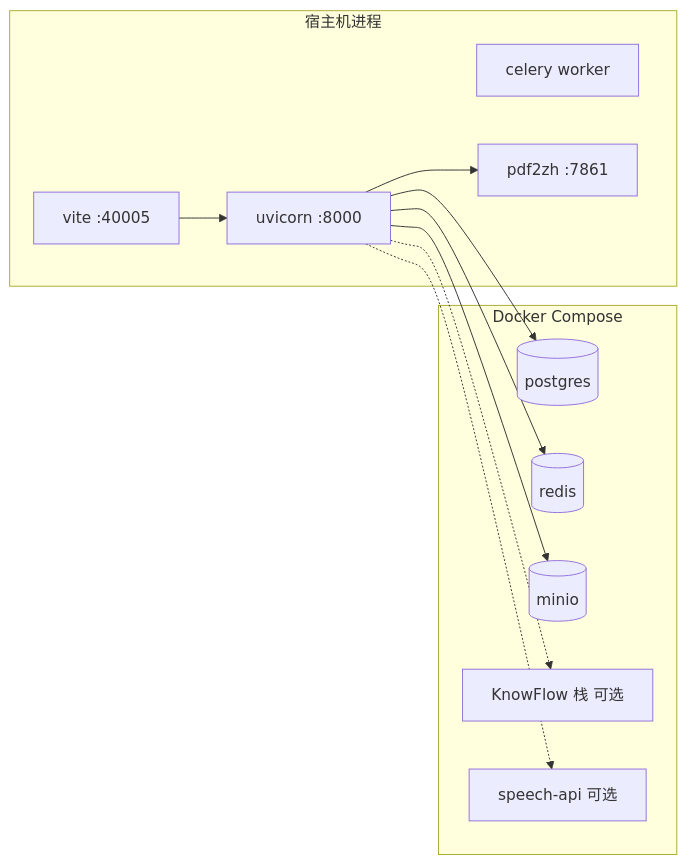
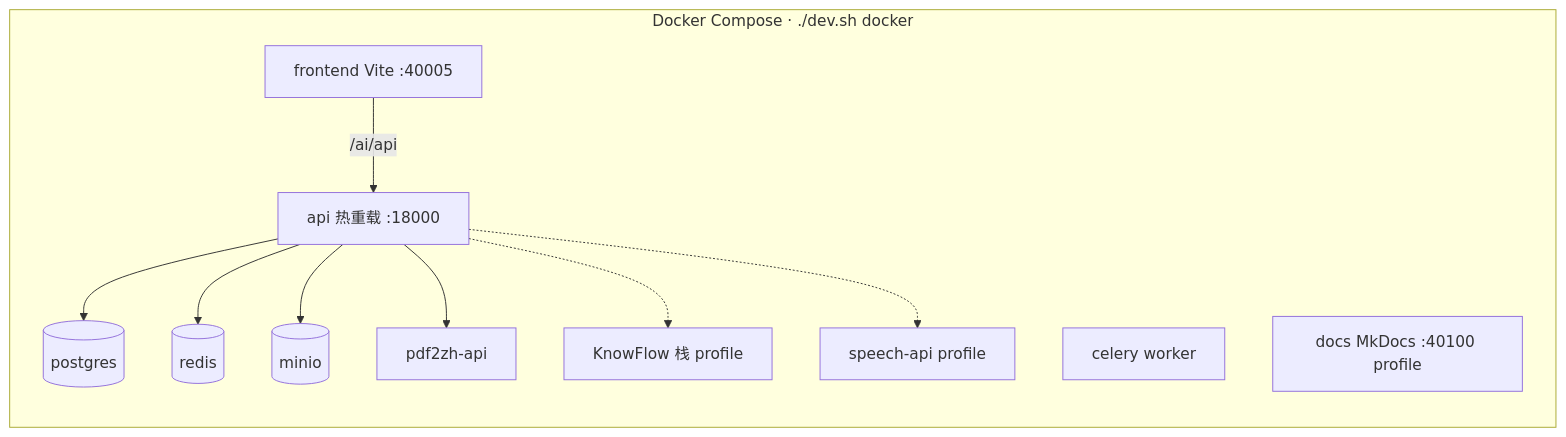
Before and after one commit to zhibinQiu/benxi: the second of 17 diagrams in docs/zh/development/system-architecture-overview.md, drawn with Mermaid. The commit also changed other lines of this file and 620 other files, not shown here.

````diff
--- a/docs/zh/development/system-architecture-overview.md
+++ b/docs/zh/development/system-architecture-overview.md
@@ -72,25 +73,23 @@
 ```mermaid
 flowchart LR
-  subgraph docker [Docker Compose]
+  subgraph docker [Docker Compose · ./dev.sh docker]
+    FE[frontend Vite :40005]
+    API[api 热重载 :18000]
+    WRK[celery worker]
     PG[(postgres)]
     RD[(redis)]
     MN[(minio)]
-    KF_OPT[KnowFlow 栈 可选]
-    SP_OPT[speech-api 可选]
+    PDF[pdf2zh-api]
+    KF_OPT[KnowFlow 栈 profile]
+    SP_OPT[speech-api profile]
+    DOCS[docs MkDocs :40100 profile]
   end
 
-  subgraph host [宿主机进程]
-    API[uvicorn :8000]
-    WRK[celery worker]
-    FE[vite :40005]
-    PDF[pdf2zh :7861]
-  end
-
-  FE --> API
+  FE -->|/ai/api| API
   API --> PG
   API --> RD
   API --> MN
   API --> PDF
   API -.-> KF_OPT
   API -.-> SP_OPT
 ```
````
